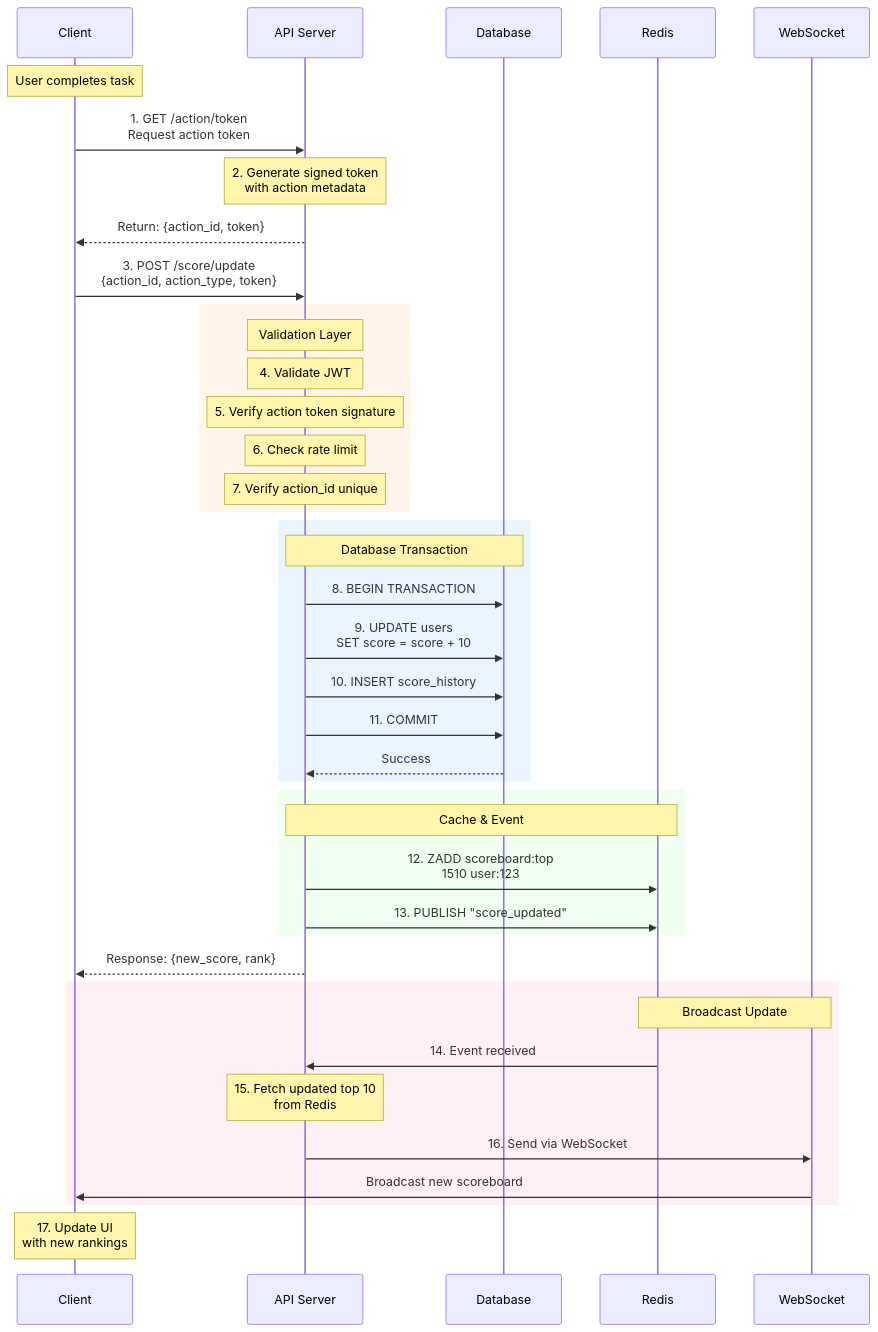
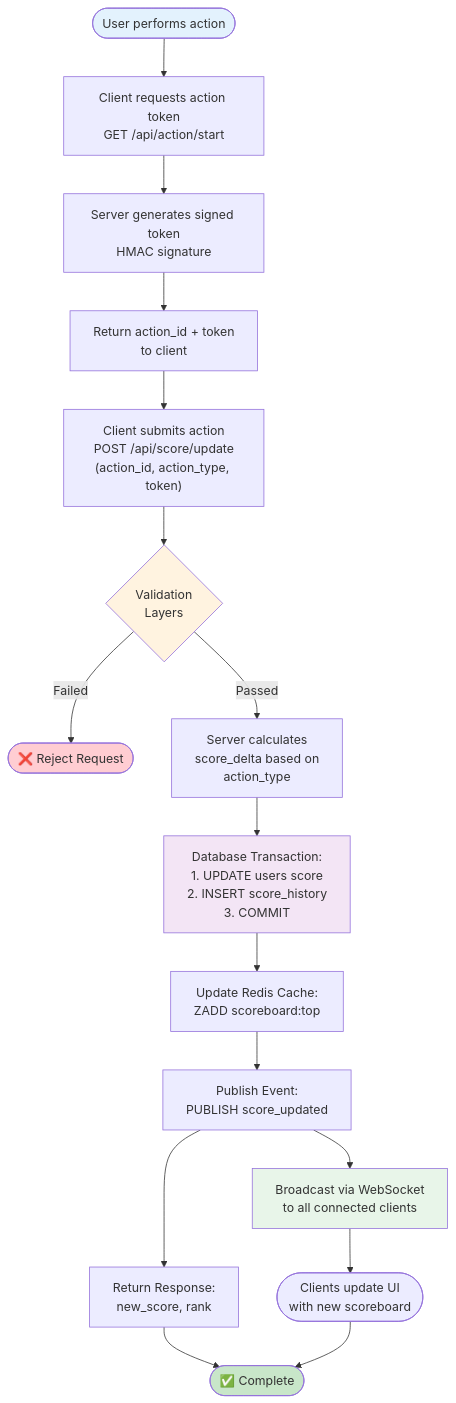
Before and after one commit to JustQu4n/code-challange: the third of 3 diagrams in problem6/ARCHITECTURE.md, drawn with Mermaid.

Commit message:
Revise architecture diagram for user action flow

````diff
--- a/problem6/ARCHITECTURE.md
+++ b/problem6/ARCHITECTURE.md
@@ -353,51 +353,38 @@
  ```mermaid
- sequenceDiagram
-    participant Client
-    participant API as API Server
-    participant DB as Database
-    participant Redis
-    participant WS as WebSocket
-
-    Note over Client: User completes task
-    Client->>API: 1. GET /action/token<br/>Request action token
+ flowchart TD
+    Start([User performs action]) --> RequestToken[Client requests action token<br/>GET /api/action/start]
     
-    Note over API: 2. Generate signed token<br/>with action metadata
-    API-->>Client: Return: {action_id, token}
+    RequestToken --> GenerateToken[Server generates signed token<br/>HMAC signature]
     
-    Client->>API: 3. POST /score/update<br/>{action_id, action_type, token}
+    GenerateToken --> ReturnToken[Return action_id + token<br/>to client]
     
-    rect rgb(255, 245, 235)
-        Note over API: Validation Layer
-        Note over API: 4. Validate JWT
-        Note over API: 5. Verify action token signature
-        Note over API: 6. Check rate limit
-        Note over API: 7. Verify action_id unique
-    end
+    ReturnToken --> SubmitAction["Client submits action<br/>POST /api/score/update<br/>(action_id, action_type, token)"]
     
-    rect rgb(235, 245, 255)
-        Note over API,DB: Database Transaction
-        API->>DB: 8. BEGIN TRANSACTION
-        API->>DB: 9. UPDATE users<br/>SET score = score + 10
-        API->>DB: 10. INSERT score_history
-        API->>DB: 11. COMMIT
-        DB-->>API: Success
-    end
+    SubmitAction --> Validate{Validation<br/>Layers}
     
-    rect rgb(240, 255, 240)
-        Note over API,Redis: Cache & Event
-        API->>Redis: 12. ZADD scoreboard:top<br/>1510 user:123
-        API->>Redis: 13. PUBLISH "score_updated"
-    end
+    Validate -->|Failed| Reject([❌ Reject Request])
     
-    API-->>Client: Response: {new_score, rank}
+    Validate -->|Passed| CalcScore[Server calculates<br/>score_delta based on<br/>action_type]
     
-    rect rgb(255, 240, 245)
-        Note over Redis,WS: Broadcast Update
-        Redis->>API: 14. Event received
-        Note over API: 15. Fetch updated top 10<br/>from Redis
-        API->>WS: 16. Send via WebSocket
-        WS->>Client: Broadcast new scoreboard
-    end
+    CalcScore --> Transaction[Database Transaction:<br/>1. UPDATE users score<br/>2. INSERT score_history<br/>3. COMMIT]
     
-    Note over Client: 17. Update UI<br/>with new rankings
+    Transaction --> UpdateCache[Update Redis Cache:<br/>ZADD scoreboard:top]
+    
+    UpdateCache --> Publish[Publish Event:<br/>PUBLISH score_updated]
+    
+    Publish --> Response[Return Response:<br/>new_score, rank]
+    
+    Publish --> Broadcast[Broadcast via WebSocket<br/>to all connected clients]
+    
+    Broadcast --> UpdateUI([Clients update UI<br/>with new scoreboard])
+    
+    Response --> End([✅ Complete])
+    UpdateUI --> End
+    
+    style Start fill:#e3f2fd
+    style Validate fill:#fff3e0
+    style Transaction fill:#f3e5f5
+    style Broadcast fill:#e8f5e9
+    style End fill:#c8e6c9
+    style Reject fill:#ffcdd2
  ```
````
